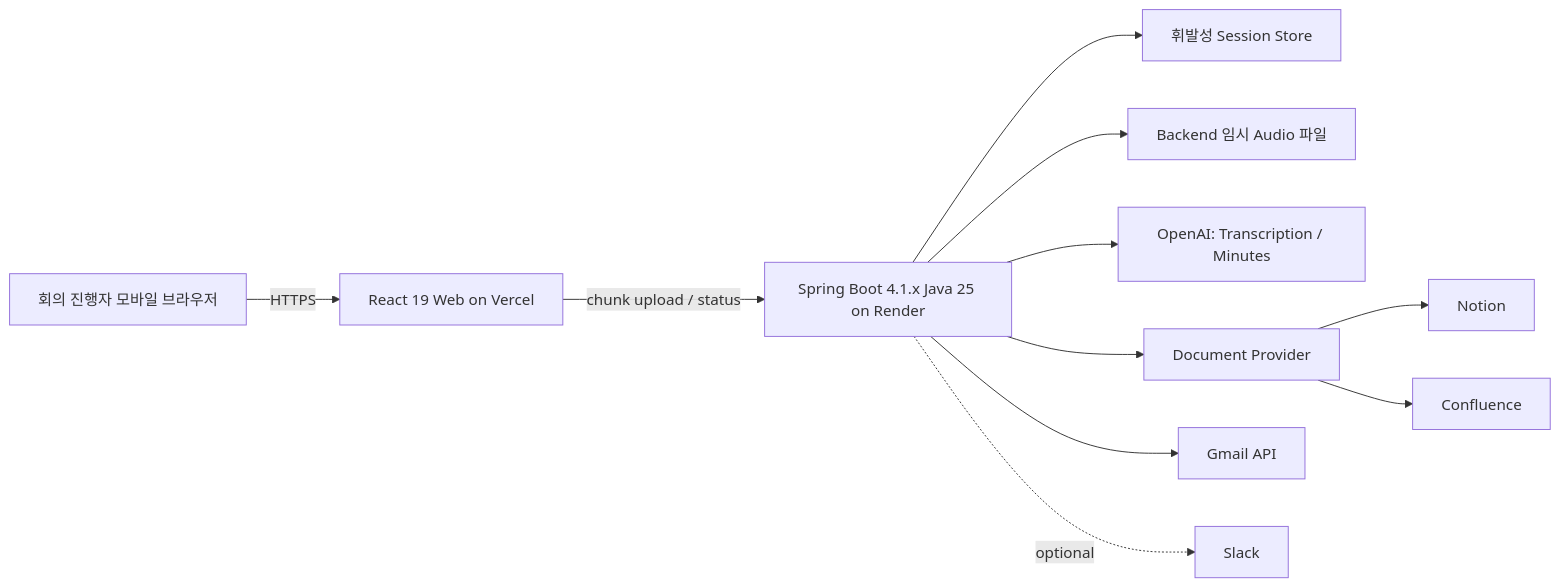
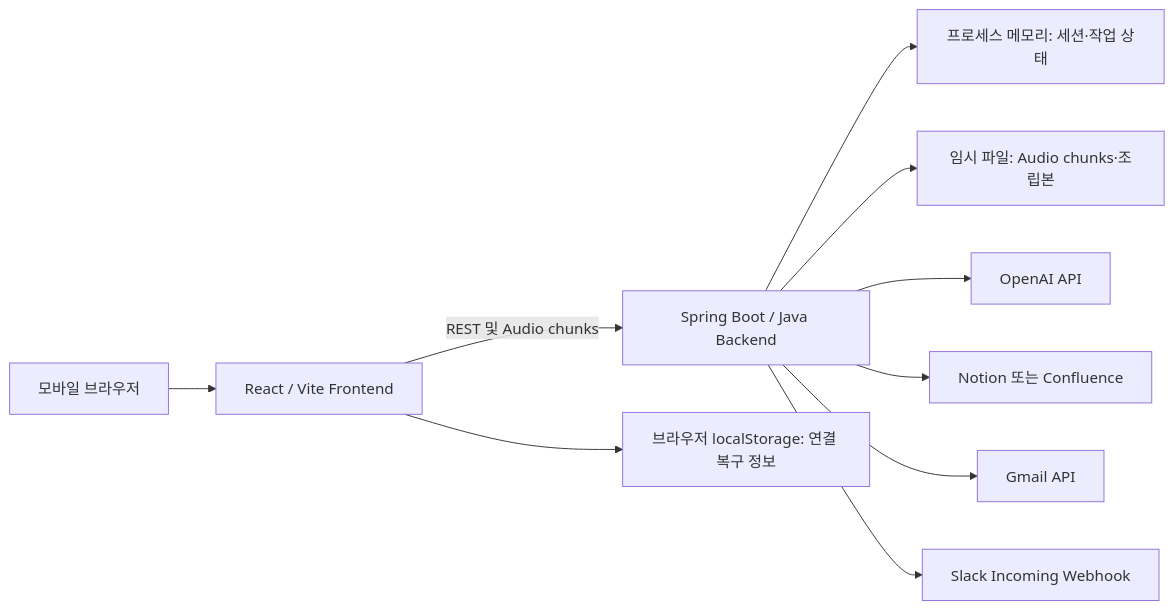
Before and after one commit to donghyunlee-dev/meeting-automation: the diagram in docs/product/architecture.md, drawn with Mermaid. The commit also changed other lines of this file and 12 other files, not shown here.

````diff
--- a/docs/product/architecture.md
+++ b/docs/product/architecture.md
@@ -19,13 +7,12 @@
 ```mermaid
 flowchart LR
-  U[회의 진행자 모바일 브라우저] -->|HTTPS| FE[React 19 Web on Vercel]
-  FE -->|chunk upload / status| BE[Spring Boot 4.1.x Java 25 on Render]
-  BE --> MEM[휘발성 Session Store]
-  BE --> TEMP[Backend 임시 Audio 파일]
-  BE --> AI[OpenAI: Transcription / Minutes]
-  BE --> DOC[Document Provider]
-  DOC --> NOTION[Notion]
-  DOC --> CONF[Confluence]
+  U[모바일 브라우저] --> FE[React / Vite Frontend]
+  FE -->|REST 및 Audio chunks| BE[Spring Boot / Java Backend]
+  BE --> MEM[프로세스 메모리: 세션·작업 상태]
+  BE --> TMP[임시 파일: Audio chunks·조립본]
+  BE --> AI[OpenAI API]
+  BE --> DOC[Notion 또는 Confluence]
   BE --> MAIL[Gmail API]
-  BE -. optional .-> SLACK[Slack]
+  BE --> SLACK[Slack Incoming Webhook]
+  FE --> LS[브라우저 localStorage: 연결 복구 정보]
 ```
````
